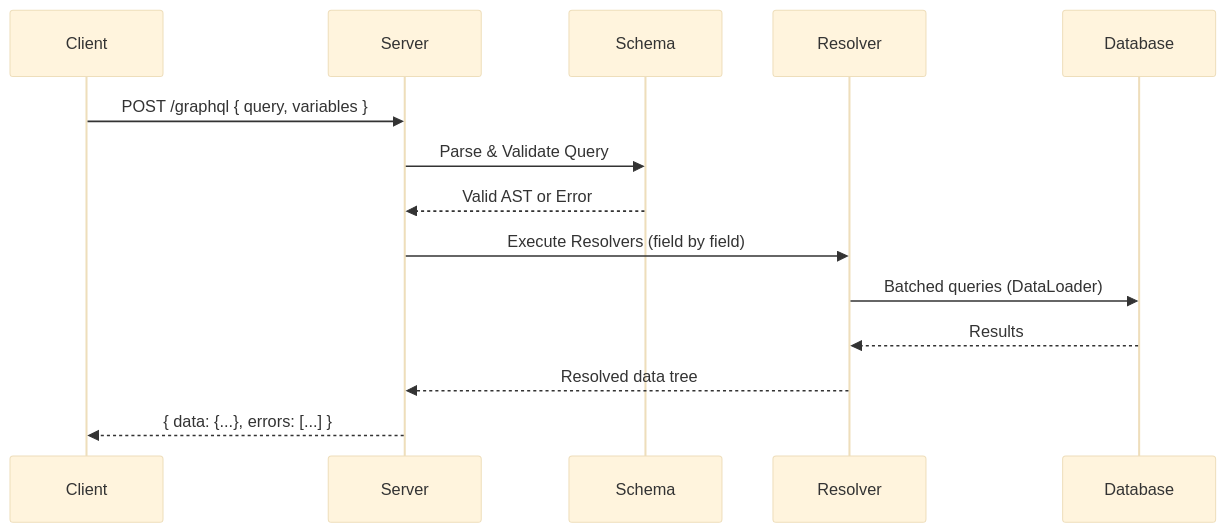
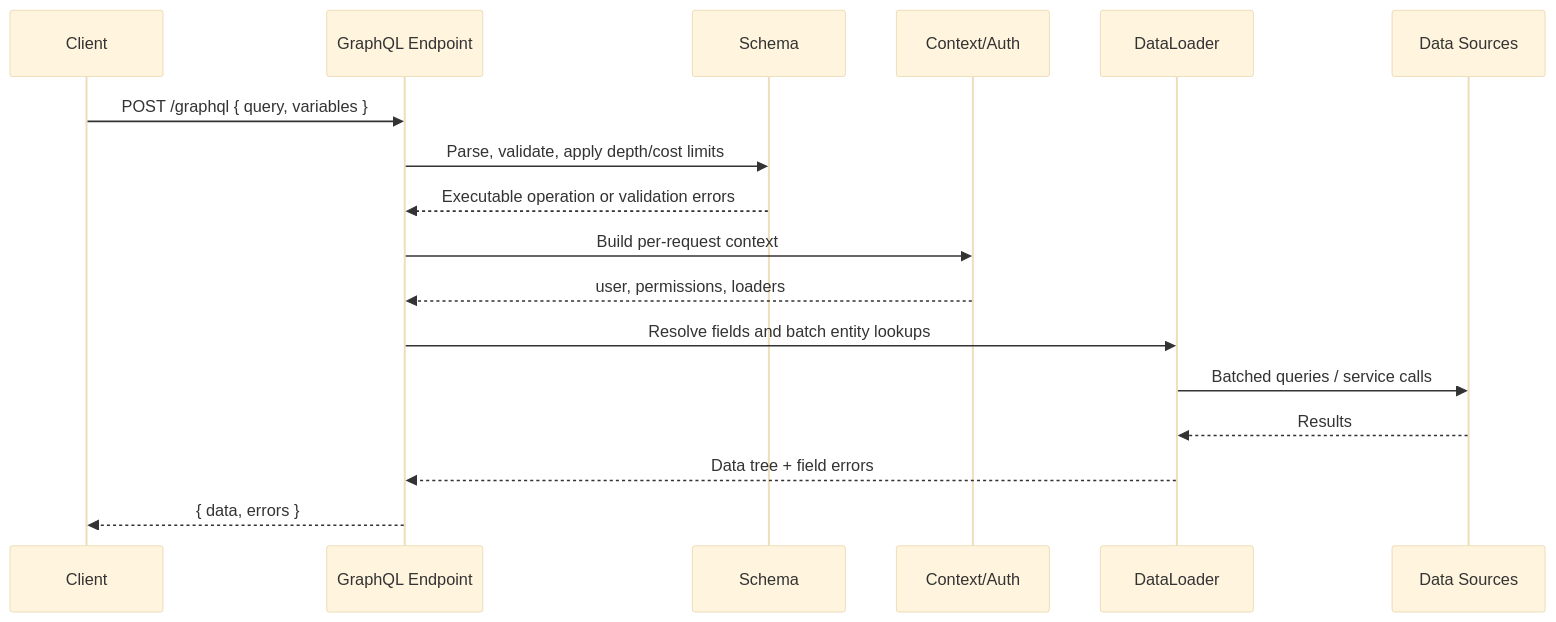
One commit to UsmanKhalil25/cs-study changed the first of 5 diagrams in CS/graphql.md. Above: the diagram before and after it, drawn with Mermaid (base theme). The commit also changed other lines of this file and 18 other files, not shown here.

````diff
--- a/CS/graphql.md
+++ b/CS/graphql.md
@@ -36,17 +36,20 @@
 ```mermaid
 sequenceDiagram
     participant Client
-    participant Server
+    participant HTTP as GraphQL Endpoint
     participant Schema
-    participant Resolver
-    participant Database
+    participant Auth as Context/Auth
+    participant Loader as DataLoader
+    participant DB as Data Sources
 
-    Client->>Server: POST /graphql { query, variables }
-    Server->>Schema: Parse & Validate Query
-    Schema-->>Server: Valid AST or Error
-    Server->>Resolver: Execute Resolvers (field by field)
-    Resolver->>Database: Batched queries (DataLoader)
-    Database-->>Resolver: Results
-    Resolver-->>Server: Resolved data tree
-    Server-->>Client: { data: {...}, errors: [...] }
+    Client->>HTTP: POST /graphql { query, variables }
+    HTTP->>Schema: Parse, validate, apply depth/cost limits
+    Schema-->>HTTP: Executable operation or validation errors
+    HTTP->>Auth: Build per-request context
+    Auth-->>HTTP: user, permissions, loaders
+    HTTP->>Loader: Resolve fields and batch entity lookups
+    Loader->>DB: Batched queries / service calls
+    DB-->>Loader: Results
+    Loader-->>HTTP: Data tree + field errors
+    HTTP-->>Client: { data, errors }
 ```
````
